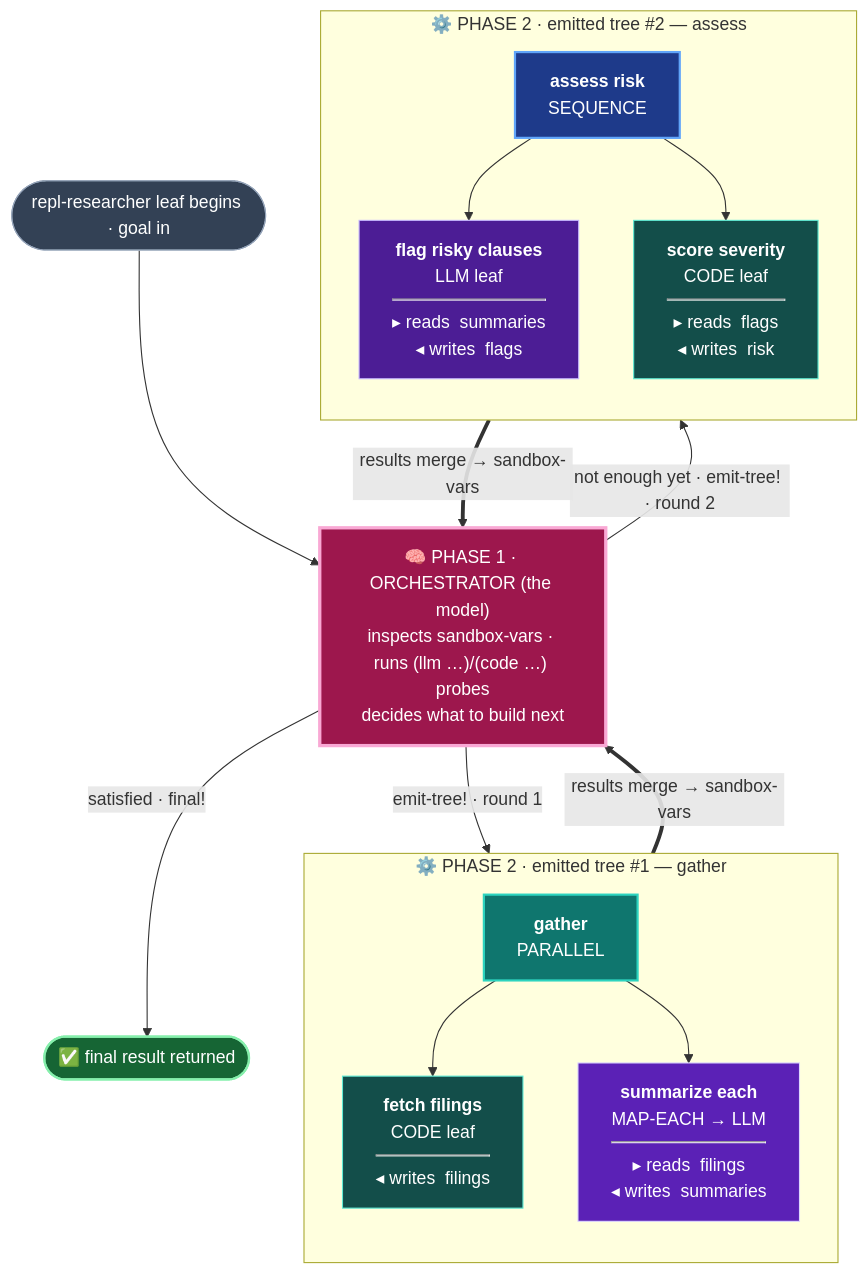
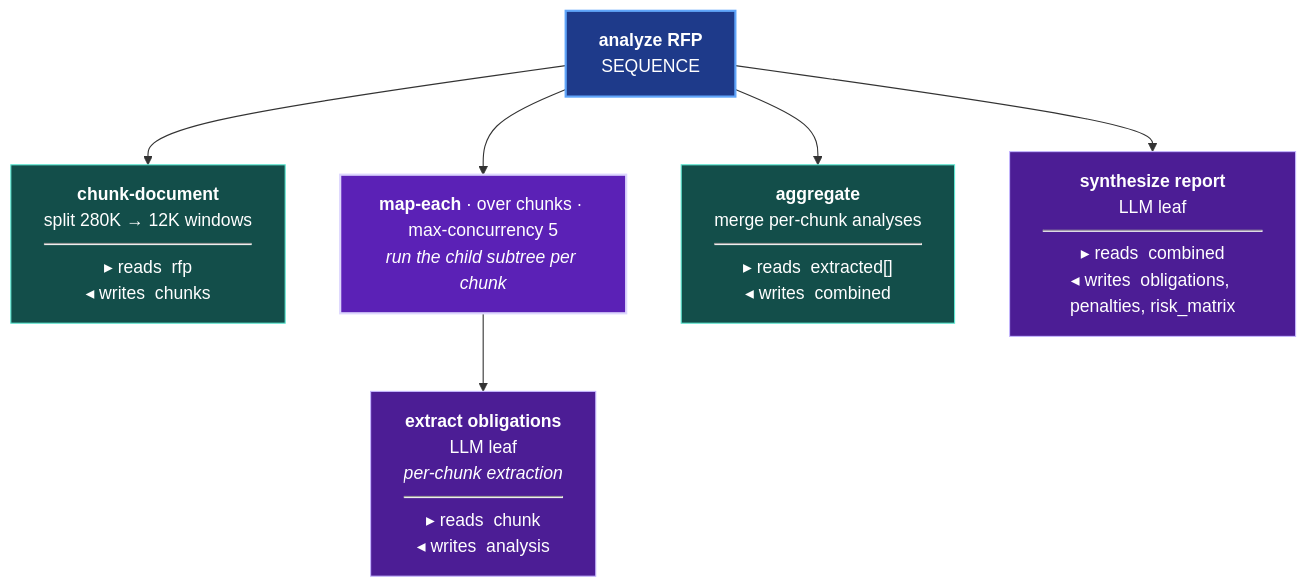
Before and after one commit to davidwuchn/orc: the third of 4 diagrams in docs/RLM-GUIDE.md, drawn with Mermaid. The commit also changed other lines of this file and 1 other file, not shown here.

Commit message:
docs(rlm): tell the RLM story as a storyboard of full emitted trees
The single cyclic chart was garbled. Replace it with a clean loop overview plus
each round shown as its OWN full, detailed tree (benchmark-grounded), with the
orchestrator's success/failure reasoning narrated between:
- Overview: orchestrator → round 1 → reason → round 2 → reason → final!
- Round 1: a full chunk → map-each(llm) → aggregate → synthesize pipeline for a
  280K-token RFP (a real shape from the generalization benchmark).
- Reasoning: obligations good, penalties thin / a leaf in :failed-leaves.
- Round 2: a focused follow-up tree reading the surviving sandbox-vars, then final!.
Shows the repl-researcher designing full trees on the fly across rounds, not a
simple sequence squeezed into one diagram. Both RLM-GUIDE + GETTING-STARTED;
verified under GitHub strict config.

````diff
--- a/docs/RLM-GUIDE.md
+++ b/docs/RLM-GUIDE.md
@@ -136,30 +153,13 @@
 ```mermaid
 flowchart TB
-  start(["repl-researcher leaf begins · goal in"]):::io --> orch
-  orch["🧠 PHASE 1 · ORCHESTRATOR (the model)<br/>inspects sandbox-vars · runs (llm …)/(code …) probes<br/>decides what to build next"]:::rlm
-  orch -->|"emit-tree! · round 1"| T1
-  subgraph T1["⚙️ PHASE 2 · emitted tree #1 — gather"]
-    direction TB
-    g["<b>gather</b><br/>PARALLEL"]:::par
-    g --> g1["<b>fetch filings</b><br/>CODE leaf<hr/>◂ writes&nbsp;&nbsp;filings"]:::code
-    g --> g2["<b>summarize each</b><br/>MAP-EACH → LLM<hr/>▸ reads&nbsp;&nbsp;filings<br/>◂ writes&nbsp;&nbsp;summaries"]:::me
-  end
-  T1 ==>|"results merge → sandbox-vars"| orch
-  orch -->|"not enough yet · emit-tree! · round 2"| T2
-  subgraph T2["⚙️ PHASE 2 · emitted tree #2 — assess"]
-    direction TB
-    a["<b>assess risk</b><br/>SEQUENCE"]:::seq
-    a --> a1["<b>flag risky clauses</b><br/>LLM leaf<hr/>▸ reads&nbsp;&nbsp;summaries<br/>◂ writes&nbsp;&nbsp;flags"]:::llm
-    a --> a2["<b>score severity</b><br/>CODE leaf<hr/>▸ reads&nbsp;&nbsp;flags<br/>◂ writes&nbsp;&nbsp;risk"]:::code
-  end
-  T2 ==>|"results merge → sandbox-vars"| orch
-  orch -->|"satisfied · final!"| done(["✅ final result returned"]):::done
-  classDef rlm fill:#9d174d,stroke:#f9a8d4,color:#fff,stroke-width:3px;
-  classDef par fill:#0f766e,stroke:#2dd4bf,color:#fff,stroke-width:2px;
+  root["<b>analyze RFP</b><br/>SEQUENCE"]:::seq
+  root --> chunk["<b>chunk-document</b><br/>split 280K → 12K windows<hr/>▸ reads&nbsp;&nbsp;rfp<br/>◂ writes&nbsp;&nbsp;chunks"]:::code
+  root --> map["<b>map-each</b> · over chunks · max-concurrency 5<br/><i>run the child subtree per chunk</i>"]:::me
+  map --> child["<b>extract obligations</b><br/>LLM leaf<br/><i>per-chunk extraction</i><hr/>▸ reads&nbsp;&nbsp;chunk<br/>◂ writes&nbsp;&nbsp;analysis"]:::llm
+  root --> agg["<b>aggregate</b><br/>merge per-chunk analyses<hr/>▸ reads&nbsp;&nbsp;extracted[]<br/>◂ writes&nbsp;&nbsp;combined"]:::code
+  root --> syn["<b>synthesize report</b><br/>LLM leaf<hr/>▸ reads&nbsp;&nbsp;combined<br/>◂ writes&nbsp;&nbsp;obligations, penalties, risk_matrix"]:::llm
   classDef seq fill:#1e3a8a,stroke:#60a5fa,color:#fff,stroke-width:2px;
   classDef code fill:#134e4a,stroke:#5eead4,color:#fff;
+  classDef me fill:#5b21b6,stroke:#ddd6fe,color:#fff,stroke-width:2px;
   classDef llm fill:#4c1d95,stroke:#c4b5fd,color:#fff;
-  classDef me fill:#5b21b6,stroke:#ddd6fe,color:#fff;
-  classDef io fill:#334155,stroke:#94a3b8,color:#fff;
-  classDef done fill:#166534,stroke:#86efac,color:#fff,stroke-width:2px;
 ```
````
